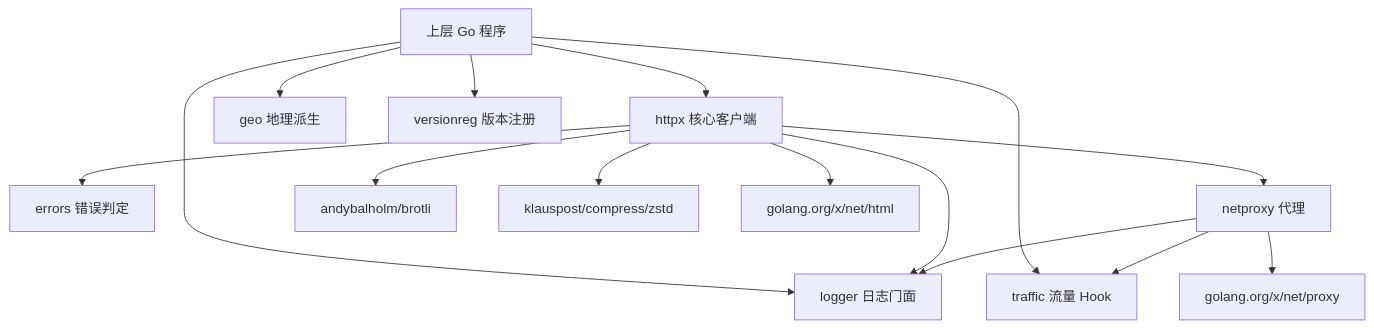
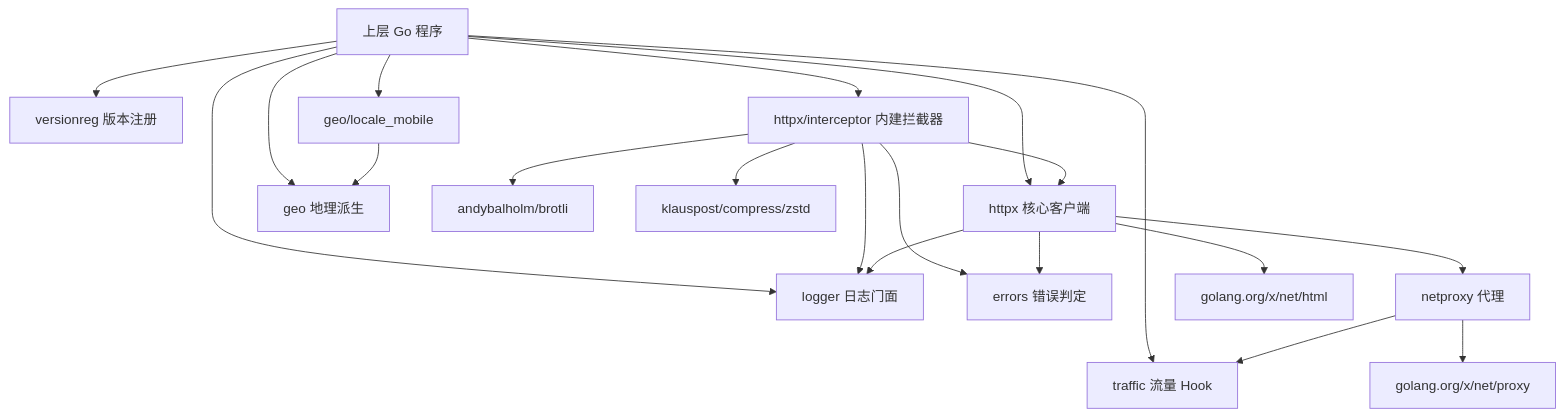
Before and after one commit to japansms40-web/gohttpkit: the first of 4 diagrams in docs/ARCHITECTURE.md, drawn with Mermaid. The commit also changed other lines of this file and 12 other files, not shown here.

````diff
--- a/docs/ARCHITECTURE.md
+++ b/docs/ARCHITECTURE.md
@@ -62,20 +68,26 @@
 ```mermaid
 flowchart TD
     APP[上层 Go 程序] --> HTTPX[httpx 核心客户端]
     APP --> GEO[geo 地理派生]
     APP --> VER[versionreg 版本注册]
     APP --> LOG[logger 日志门面]
     APP --> TRAFFIC[traffic 流量 Hook]
 
+    APP --> ICPT[httpx/interceptor 内建拦截器]
+    ICPT --> HTTPX
+    ICPT --> LOG
+    ICPT --> ERR
+    ICPT --> BROTLI[andybalholm/brotli]
+    ICPT --> ZSTD[klauspost/compress/zstd]
+
     HTTPX --> ERR[errors 错误判定]
     HTTPX --> LOG
     HTTPX --> PROXY[netproxy 代理]
+    HTTPX --> HTML[golang.org/x/net/html]
 
-    PROXY --> LOG
     PROXY --> TRAFFIC
     PROXY --> XPROXY[golang.org/x/net/proxy]
 
-    HTTPX --> BROTLI[andybalholm/brotli]
-    HTTPX --> ZSTD[klauspost/compress/zstd]
-    HTTPX --> HTML[golang.org/x/net/html]
+    APP --> LM[geo/locale_mobile]
+    LM --> GEO
 ```
````
